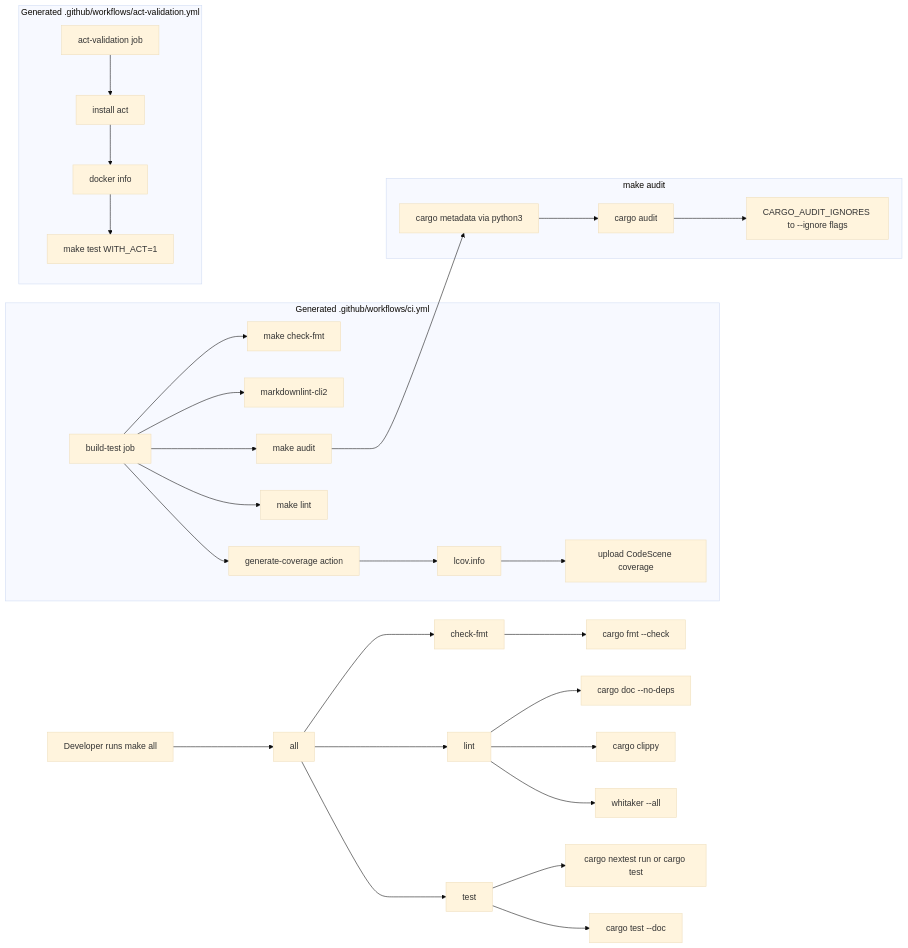
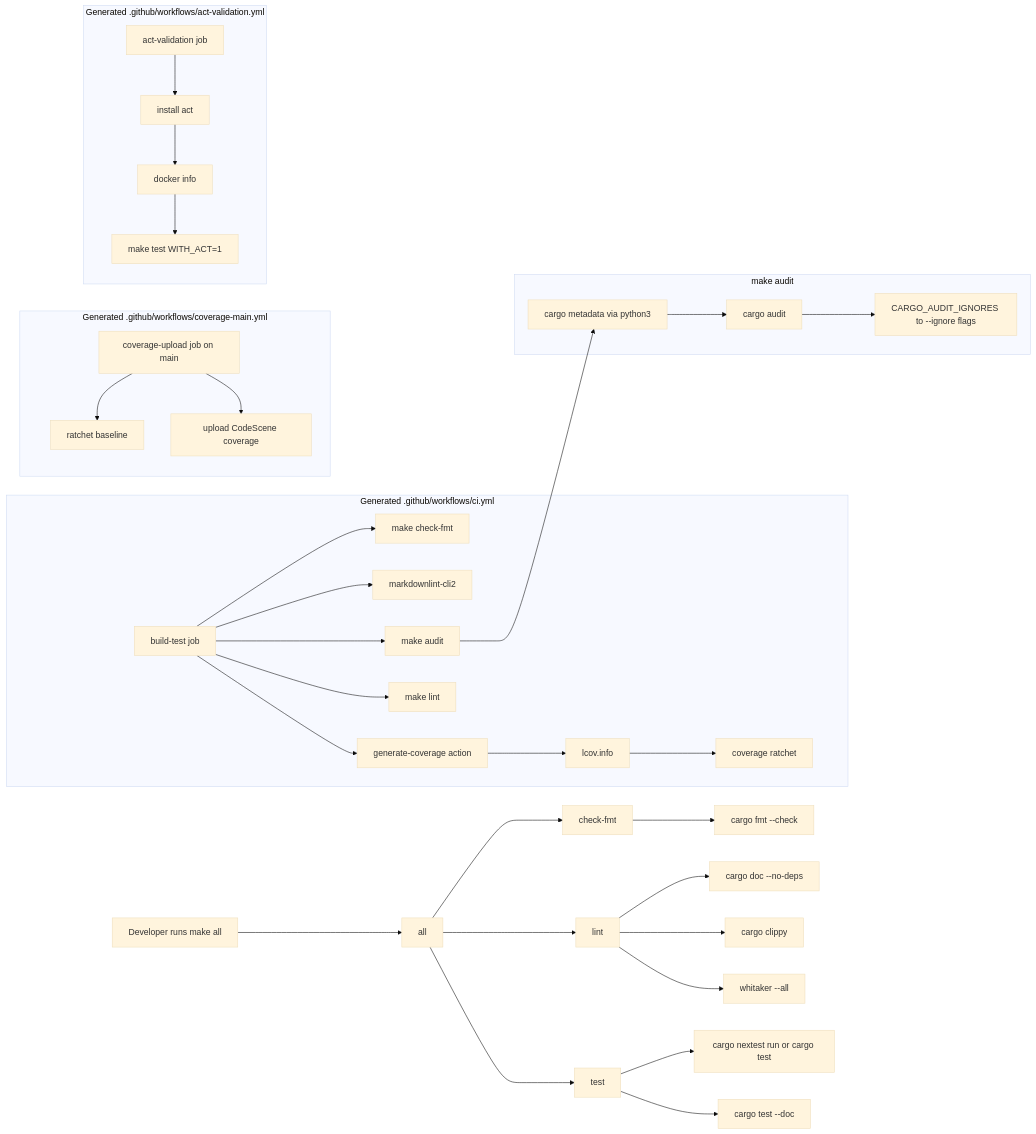
The diagram in README.md (leynos/agent-template-rust), drawn with Mermaid (base theme) before and after one commit. The commit also changed other lines of this file and 10 other files, not shown here.

````diff
--- a/README.md
+++ b/README.md
@@ -79,38 +81,44 @@
 ```mermaid
 flowchart LR
     Dev[Developer runs make all] --> All[all]
     All --> CheckFmt[check-fmt]
     All --> Lint[lint]
     All --> Test[test]
 
     CheckFmt --> CargoFmt[cargo fmt --check]
     Lint --> RustDoc[cargo doc --no-deps]
     Lint --> Clippy[cargo clippy]
     Lint --> Whitaker[whitaker --all]
     Test --> NextestOrCargo[cargo nextest run or cargo test]
     Test --> DocTests[cargo test --doc]
 
     subgraph Main_CI[Generated .github/workflows/ci.yml]
         CI[build-test job]
         CI --> CIFormat[make check-fmt]
         CI --> MarkdownLint[markdownlint-cli2]
         CI --> CIAudit[make audit]
         CI --> CILint[make lint]
         CI --> Coverage[generate-coverage action]
         Coverage --> Lcov[lcov.info]
-        Lcov --> CodeScene[upload CodeScene coverage]
+        Lcov --> Ratchet[coverage ratchet]
+    end
+
+    subgraph Main_Coverage[Generated .github/workflows/coverage-main.yml]
+        Publisher[coverage-upload job on main]
+        Publisher --> Baseline[ratchet baseline]
+        Publisher --> CodeScene[upload CodeScene coverage]
     end
 
     subgraph Audit_Target[make audit]
         CIAudit --> Metadata[cargo metadata via python3]
         Metadata --> CargoAudit[cargo audit]
         CargoAudit --> Ignores[CARGO_AUDIT_IGNORES to --ignore flags]
     end
 
     subgraph Act_Validation[Generated .github/workflows/act-validation.yml]
         ActWorkflow[act-validation job]
         ActWorkflow --> InstallAct[install act]
         InstallAct --> DockerInfo[docker info]
         DockerInfo --> ActTests[make test WITH_ACT=1]
     end
 ```
````
